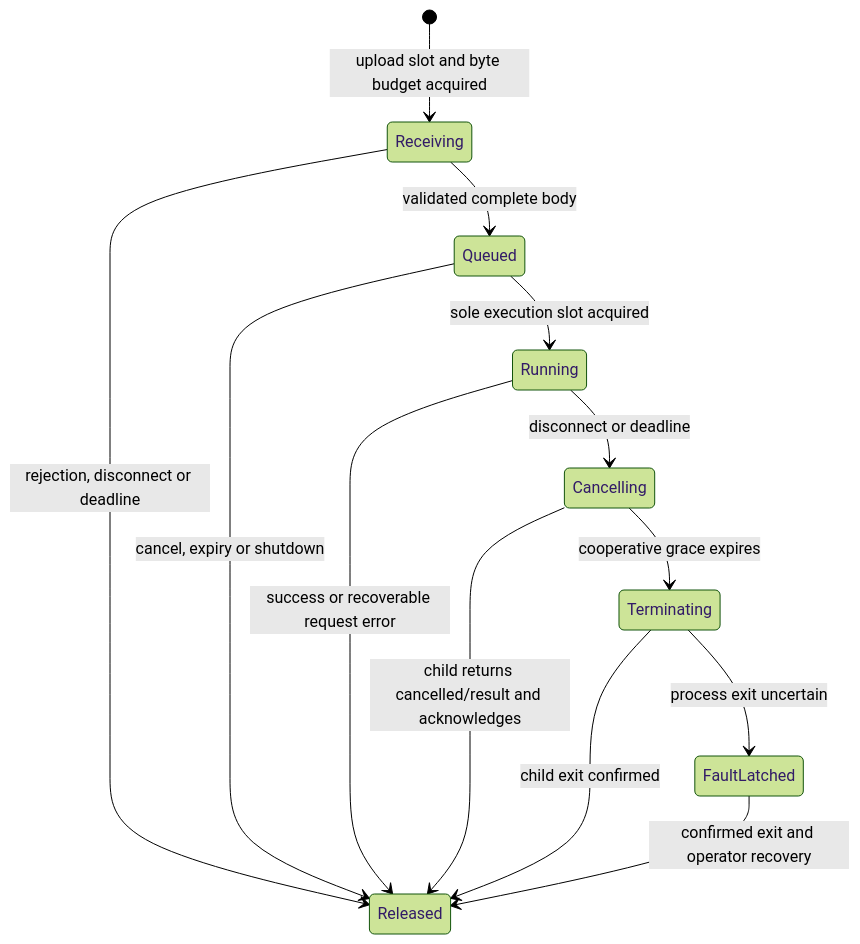
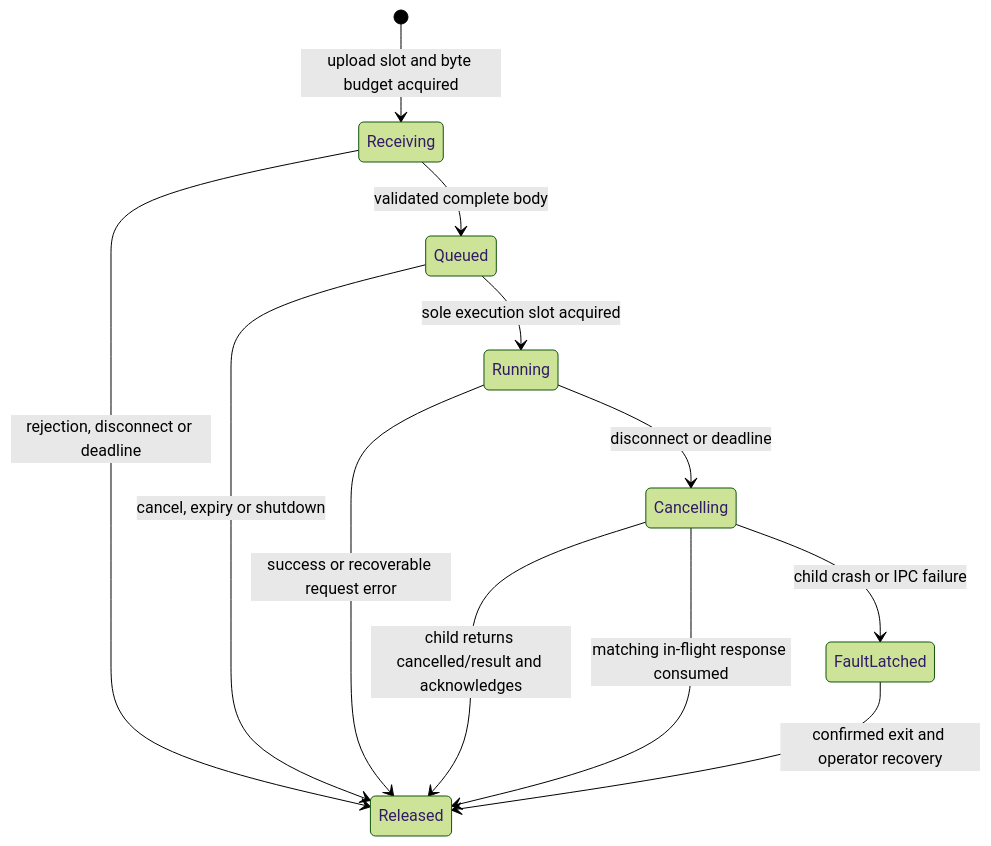
The fourth of 4 diagrams in docs/architecture/m02-stt-design.md (azargarov/speech-platform), drawn with Mermaid (forest theme) before and after one commit. The commit also changed other lines of this file and 8 other files, not shown here.

````diff
--- a/docs/architecture/m02-stt-design.md
+++ b/docs/architecture/m02-stt-design.md
@@ -365,15 +365,14 @@
 ```mermaid
 stateDiagram-v2
     [*] --> Receiving: upload slot and byte budget acquired
     Receiving --> Queued: validated complete body
     Receiving --> Released: rejection, disconnect or deadline
     Queued --> Running: sole execution slot acquired
     Queued --> Released: cancel, expiry or shutdown
     Running --> Released: success or recoverable request error
     Running --> Cancelling: disconnect or deadline
     Cancelling --> Released: child returns cancelled/result and acknowledges
-    Cancelling --> Terminating: cooperative grace expires
-    Terminating --> Released: child exit confirmed
-    Terminating --> FaultLatched: process exit uncertain
+    Cancelling --> Released: matching in-flight response consumed
+    Cancelling --> FaultLatched: child crash or IPC failure
     FaultLatched --> Released: confirmed exit and operator recovery
 ```
````
